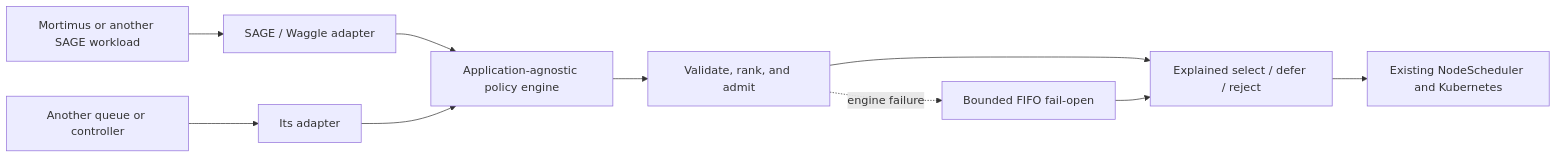
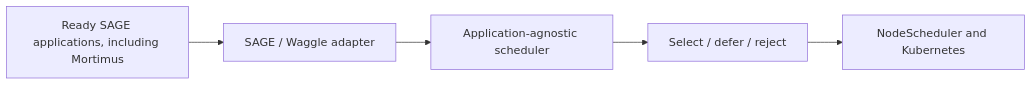
The diagram in project.md (NunesClement/classroom-notes.md), drawn with Mermaid before and after one commit. The commit also changed other lines of this file, not shown here.

````diff
--- a/project.md
+++ b/project.md
@@ -106,12 +46,7 @@
 ```mermaid
 flowchart LR
-    A["Mortimus or another SAGE workload"] --> B["SAGE / Waggle adapter"]
-    X["Another queue or controller"] --> Y["Its adapter"]
-    B --> C["Application-agnostic policy engine"]
-    Y --> C
-    C --> D["Validate, rank, and admit"]
-    D --> E["Explained select / defer / reject"]
-    E --> F["Existing NodeScheduler and Kubernetes"]
-    D -. "engine failure" .-> G["Bounded FIFO fail-open"]
-    G --> E
+    A["Ready SAGE applications, including Mortimus"] --> B["SAGE / Waggle adapter"]
+    B --> C["Application-agnostic scheduler"]
+    C --> D["Select / defer / reject"]
+    D --> E["NodeScheduler and Kubernetes"]
 ```
````
